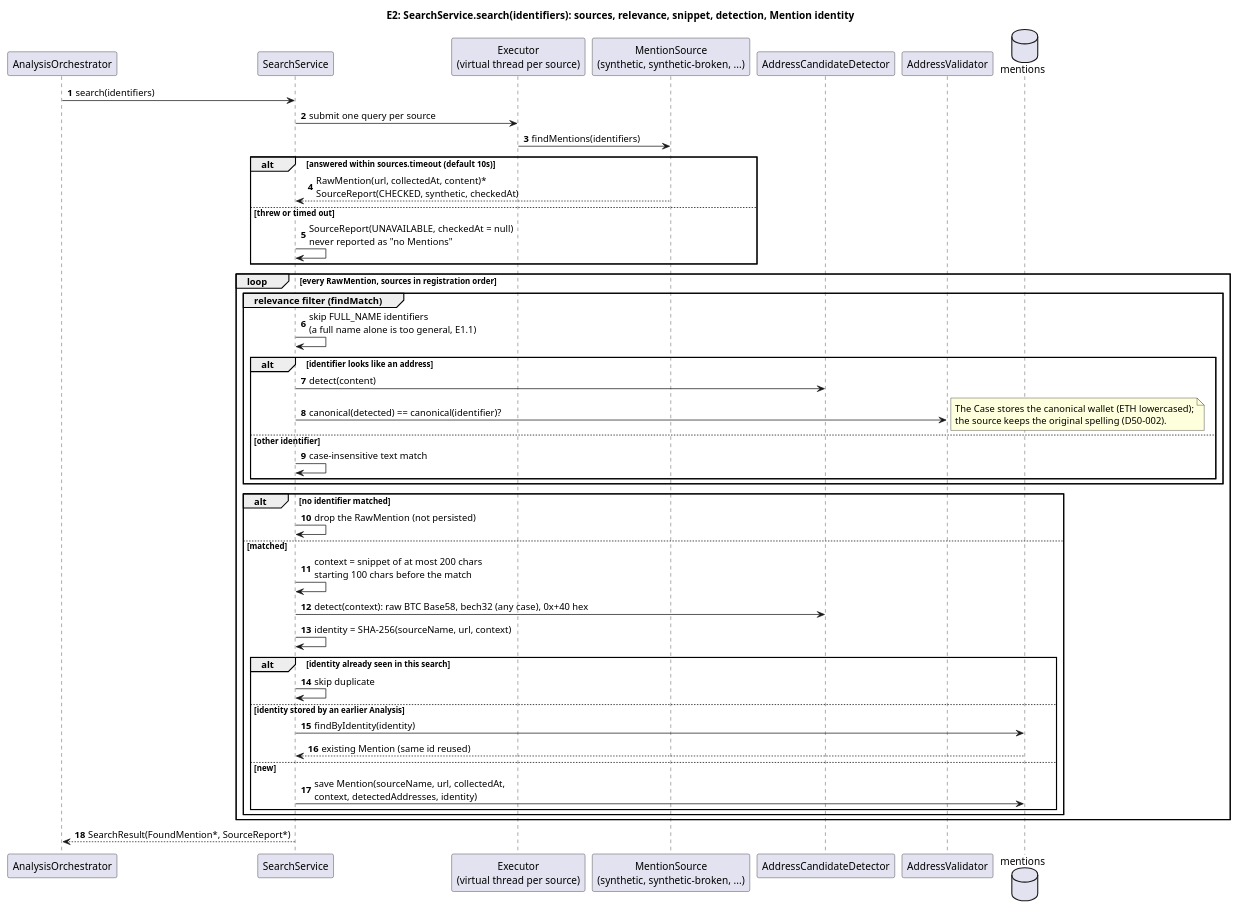
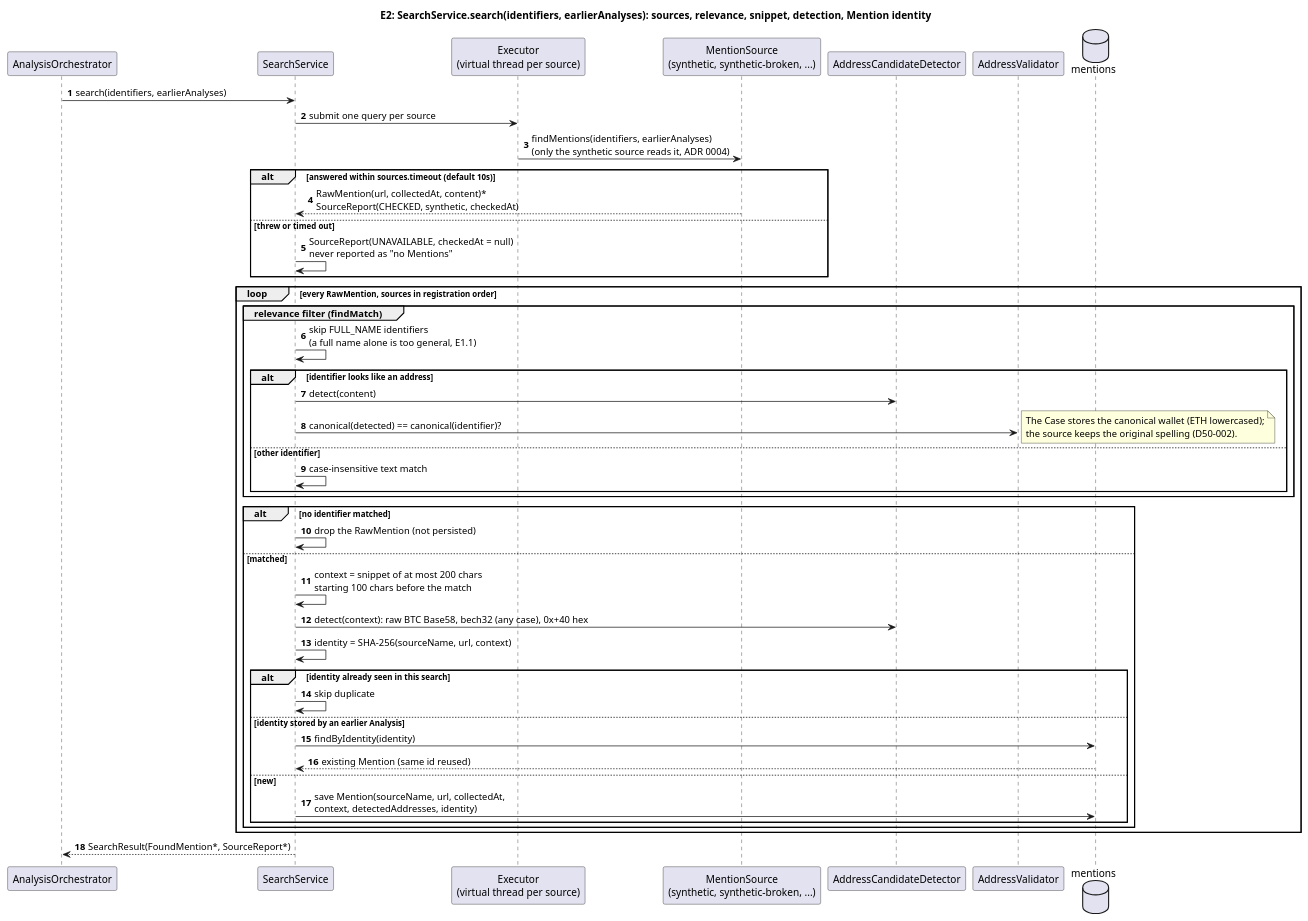
One commit to NononotaaSquad/cryptofoot changed the diagram in .agents/context/backend/diagrams/05-mention-search.puml. Above: the diagram before and after it, drawn with PlantUML. The commit also changed 26 other files, not shown here.

```diff
--- a/.agents/context/backend/diagrams/05-mention-search.puml
+++ b/.agents/context/backend/diagrams/05-mention-search.puml
@@ -1,56 +1,56 @@
 @startuml 05-mention-search
-title E2: SearchService.search(identifiers): sources, relevance, snippet, detection, Mention identity
+title E2: SearchService.search(identifiers, earlierAnalyses): sources, relevance, snippet, detection, Mention identity
 
 skinparam shadowing false
 autonumber
 
 participant "AnalysisOrchestrator" as ORC
 participant "SearchService" as S
 participant "Executor\n(virtual thread per source)" as EX
 participant "MentionSource\n(synthetic, synthetic-broken, ...)" as SRC
 participant "AddressCandidateDetector" as DET
 participant "AddressValidator" as VAL
 database "mentions" as DB
 
-ORC -> S : search(identifiers)
+ORC -> S : search(identifiers, earlierAnalyses)
 S -> EX : submit one query per source
-EX -> SRC : findMentions(identifiers)
+EX -> SRC : findMentions(identifiers, earlierAnalyses)\n(only the synthetic source reads it, ADR 0004)
 alt answered within sources.timeout (default 10s)
   SRC --> S : RawMention(url, collectedAt, content)*\nSourceReport(CHECKED, synthetic, checkedAt)
 else threw or timed out
   S -> S : SourceReport(UNAVAILABLE, checkedAt = null)\nnever reported as "no Mentions"
 end
 
 loop every RawMention, sources in registration order
   group relevance filter (findMatch)
     S -> S : skip FULL_NAME identifiers\n(a full name alone is too general, E1.1)
     alt identifier looks like an address
       S -> DET : detect(content)
       S -> VAL : canonical(detected) == canonical(identifier)?
       note right
         The Case stores the canonical wallet (ETH lowercased);
         the source keeps the original spelling (D50-002).
       end note
     else other identifier
       S -> S : case-insensitive text match
     end
   end
   alt no identifier matched
     S -> S : drop the RawMention (not persisted)
   else matched
     S -> S : context = snippet of at most 200 chars\nstarting 100 chars before the match
     S -> DET : detect(context): raw BTC Base58, bech32 (any case), 0x+40 hex
     S -> S : identity = SHA-256(sourceName, url, context)
     alt identity already seen in this search
       S -> S : skip duplicate
     else identity stored by an earlier Analysis
       S -> DB : findByIdentity(identity)
       DB --> S : existing Mention (same id reused)
     else new
       S -> DB : save Mention(sourceName, url, collectedAt,\ncontext, detectedAddresses, identity)
     end
   end
 end
 S --> ORC : SearchResult(FoundMention*, SourceReport*)
 
 @enduml
```
